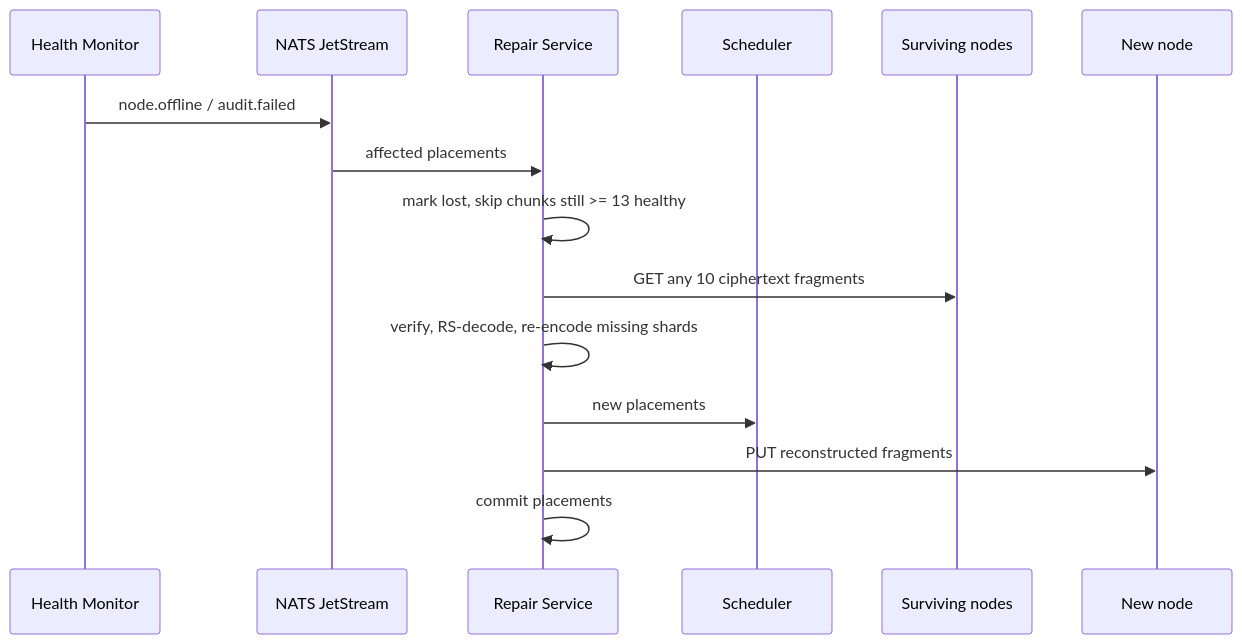
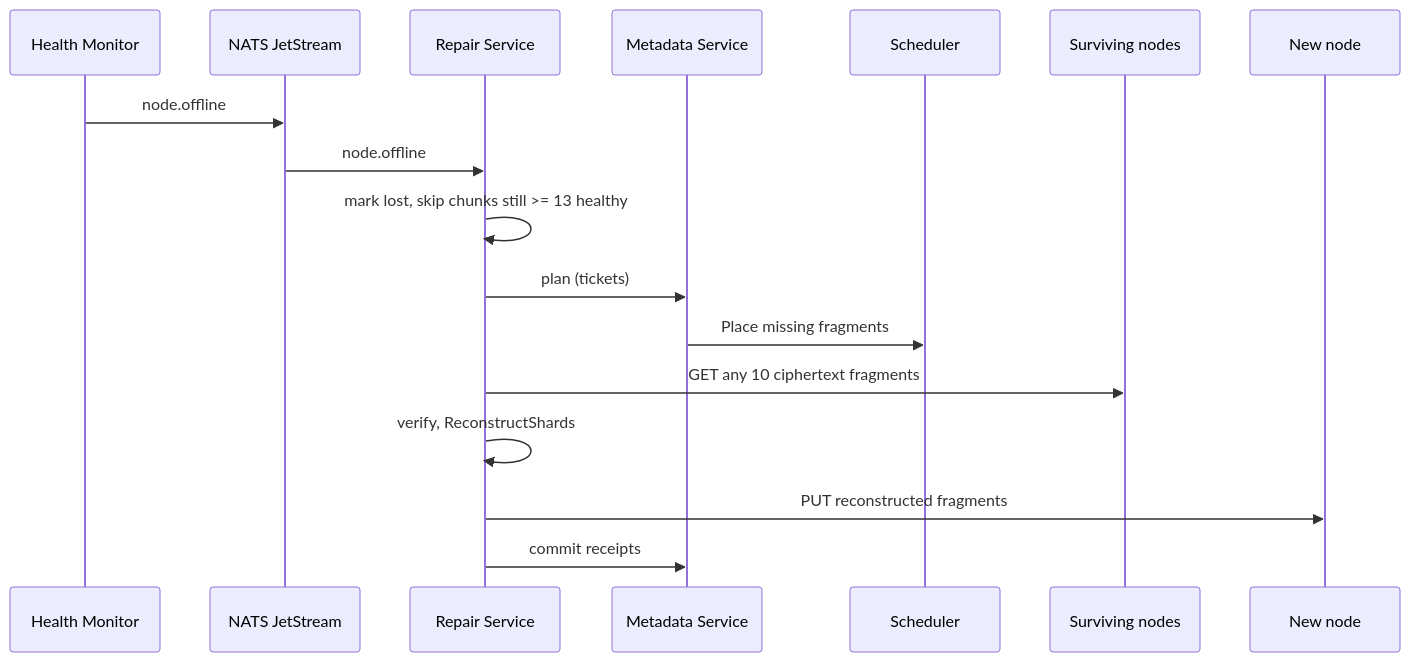
One commit to Rramka/distributed-storage-platform changed the diagram in knowledge-base/Flows/Repair Loop.md. Above: the diagram before and after it, drawn with Mermaid. The commit also changed other lines of this file and 40 other files, not shown here.

````diff
--- a/knowledge-base/Flows/Repair Loop.md
+++ b/knowledge-base/Flows/Repair Loop.md
@@ -13,18 +13,20 @@
 ```mermaid
 sequenceDiagram
     participant HM as Health Monitor
     participant Q as NATS JetStream
     participant RW as Repair Service
+    participant MD as Metadata Service
     participant SC as Scheduler
     participant SN as Surviving nodes
     participant NN as New node
 
-    HM->>Q: node.offline / audit.failed
-    Q->>RW: affected placements
+    HM->>Q: node.offline
+    Q->>RW: node.offline
     RW->>RW: mark lost, skip chunks still >= 13 healthy
+    RW->>MD: plan (tickets)
+    MD->>SC: Place missing fragments
     RW->>SN: GET any 10 ciphertext fragments
-    RW->>RW: verify, RS-decode, re-encode missing shards
-    RW->>SC: new placements
+    RW->>RW: verify, ReconstructShards
     RW->>NN: PUT reconstructed fragments
-    RW->>RW: commit placements
+    RW->>MD: commit receipts
 ```
````
